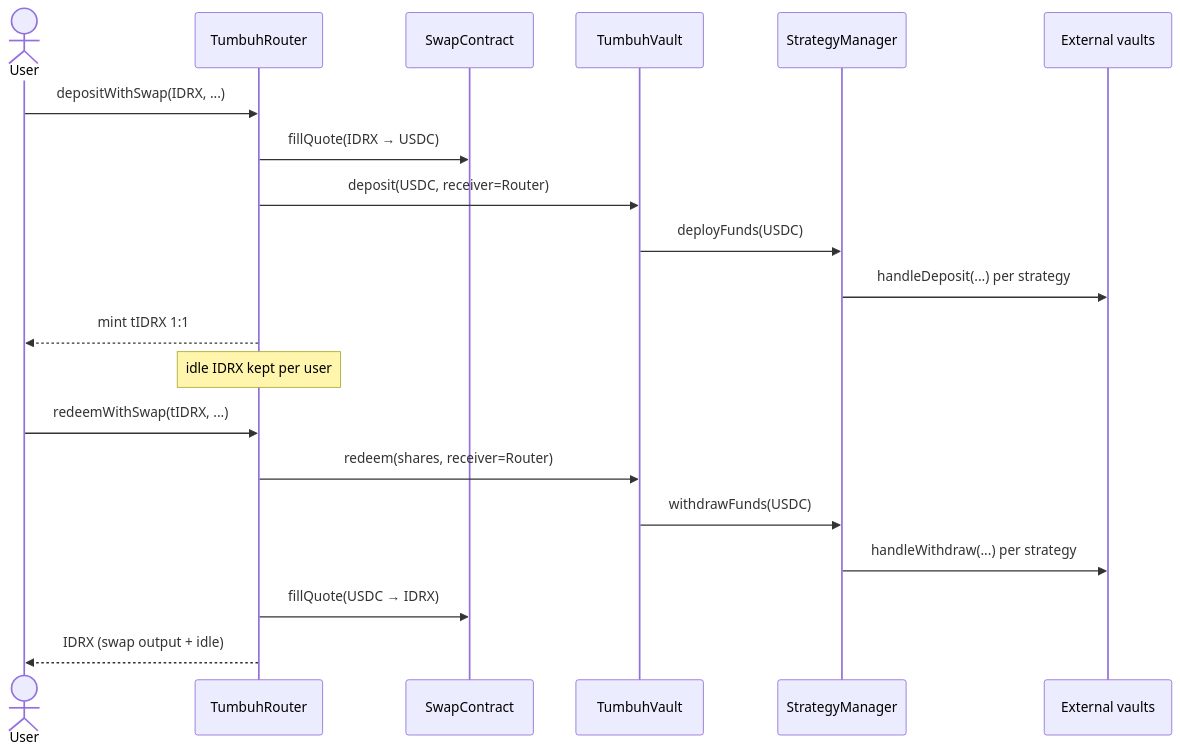
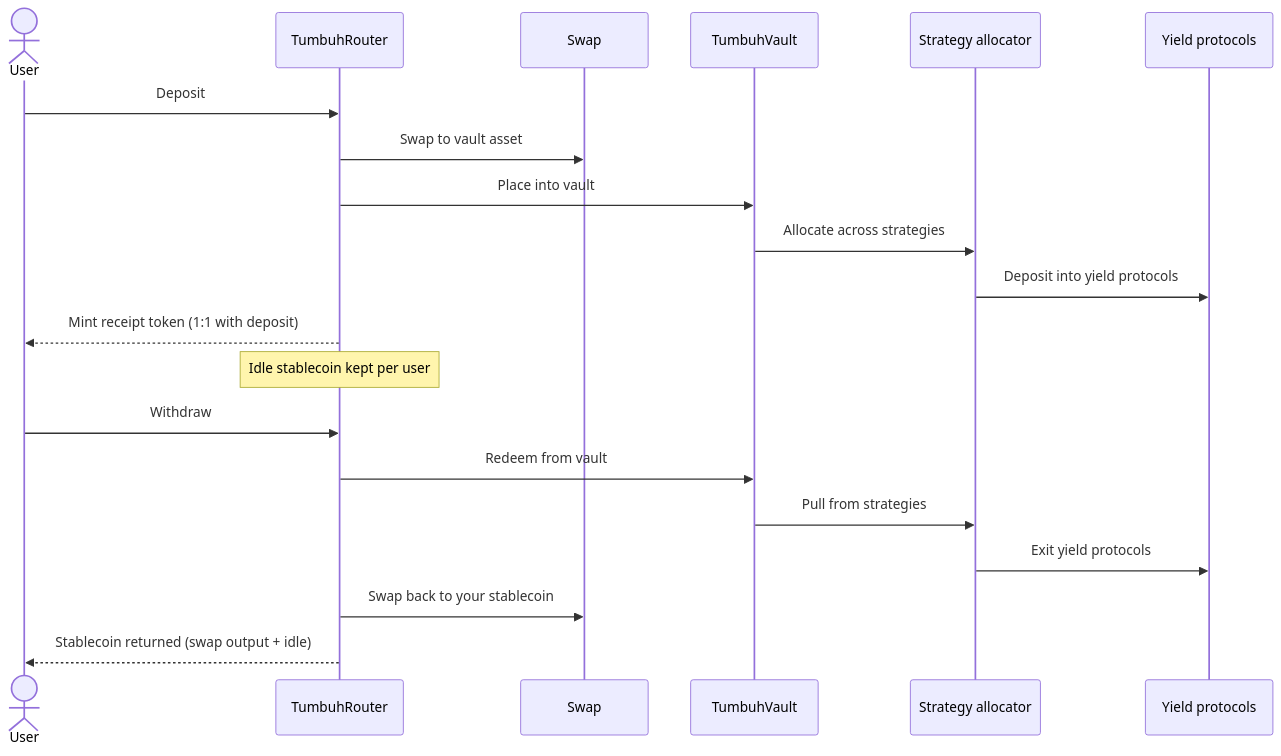
The first of 2 diagrams in how-it-works/overview.mdx (tumbuh-fi/docs), drawn with Mermaid before and after one commit. The commit also changed other lines of this file and 5 other files, not shown here.

````diff
--- a/how-it-works/overview.mdx
+++ b/how-it-works/overview.mdx
@@ -18,24 +18,24 @@
 ```mermaid
 sequenceDiagram
     actor User
     participant Router as TumbuhRouter
-    participant Swap as SwapContract
+    participant Swap as Swap
     participant Vault as TumbuhVault
-    participant SM as StrategyManager
-    participant External as External vaults
+    participant SM as Strategy allocator
+    participant External as Yield protocols
 
-    User->>Router: depositWithSwap(IDRX, ...)
-    Router->>Swap: fillQuote(IDRX → USDC)
-    Router->>Vault: deposit(USDC, receiver=Router)
-    Vault->>SM: deployFunds(USDC)
-    SM->>External: handleDeposit(...) per strategy
-    Router-->>User: mint tIDRX 1:1
-    Note over Router: idle IDRX kept per user
+    User->>Router: Deposit
+    Router->>Swap: Swap to vault asset
+    Router->>Vault: Place into vault
+    Vault->>SM: Allocate across strategies
+    SM->>External: Deposit into yield protocols
+    Router-->>User: Mint receipt token (1:1 with deposit)
+    Note over Router: Idle stablecoin kept per user
 
-    User->>Router: redeemWithSwap(tIDRX, ...)
-    Router->>Vault: redeem(shares, receiver=Router)
-    Vault->>SM: withdrawFunds(USDC)
-    SM->>External: handleWithdraw(...) per strategy
-    Router->>Swap: fillQuote(USDC → IDRX)
-    Router-->>User: IDRX (swap output + idle)
+    User->>Router: Withdraw
+    Router->>Vault: Redeem from vault
+    Vault->>SM: Pull from strategies
+    SM->>External: Exit yield protocols
+    Router->>Swap: Swap back to your stablecoin
+    Router-->>User: Stablecoin returned (swap output + idle)
 ```
````
